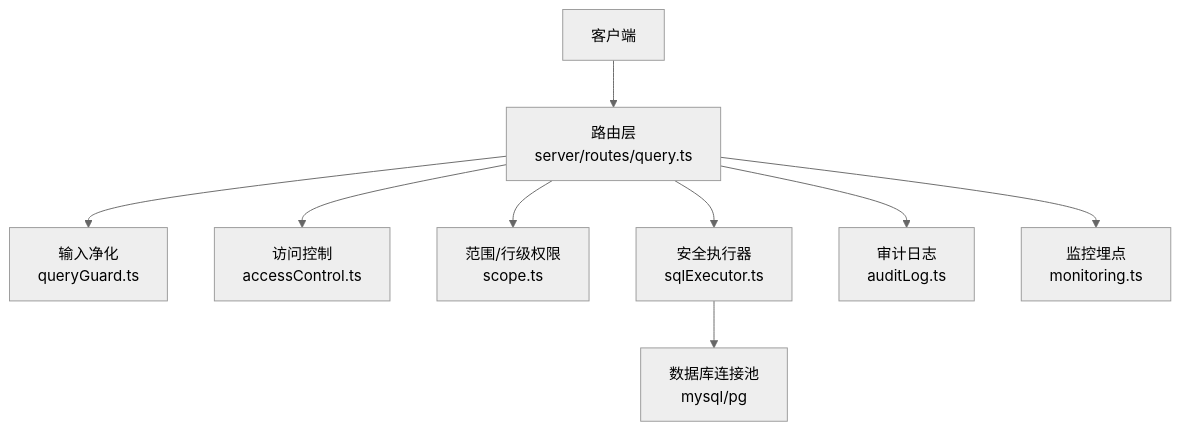
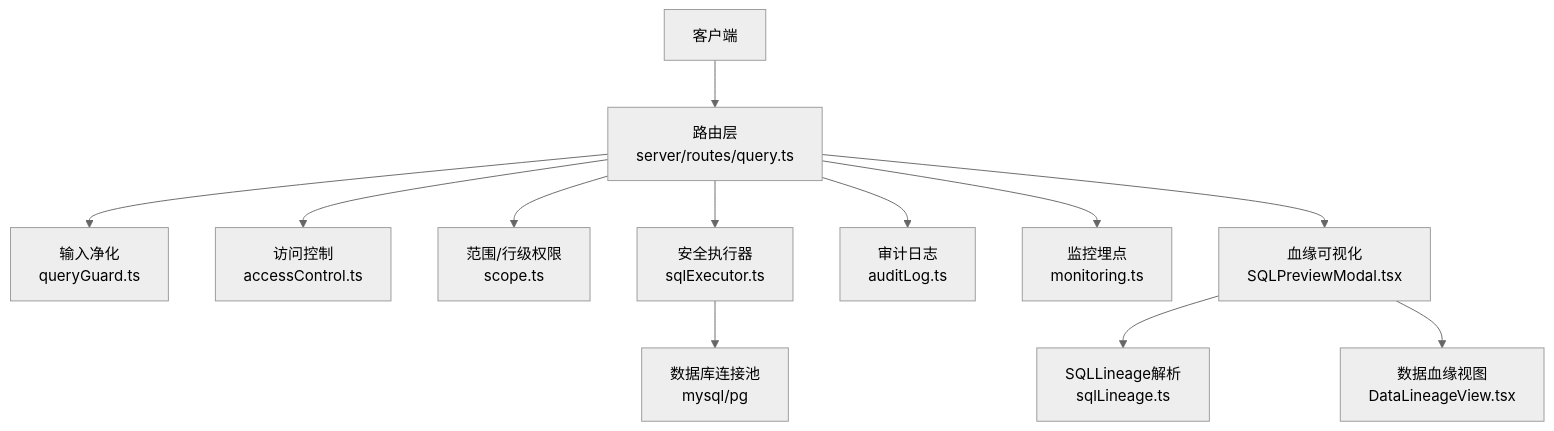
Before and after one commit to dgjin/smart-data-analytics: the first of 6 diagrams in .qoder/repowiki/zh/content/系统架构/核心组件详解/查询处理引擎/SQL执行器与安全控制.md, drawn with Mermaid (neutral theme). The commit also changed other lines of this file and 82 other files, not shown here.

````diff
--- a/.qoder/repowiki/zh/content/系统架构/核心组件详解/查询处理引擎/SQL执行器与安全控制.md
+++ b/.qoder/repowiki/zh/content/系统架构/核心组件详解/查询处理引擎/SQL执行器与安全控制.md
@@ -43,11 +55,14 @@
 ```mermaid
 graph TB
 Client["客户端"] --> Router["路由层<br/>server/routes/query.ts"]
 Router --> Guard["输入净化<br/>queryGuard.ts"]
 Router --> ACL["访问控制<br/>accessControl.ts"]
 Router --> Scope["范围/行级权限<br/>scope.ts"]
 Router --> Exec["安全执行器<br/>sqlExecutor.ts"]
 Exec --> DB["数据库连接池<br/>mysql/pg"]
 Router --> Audit["审计日志<br/>auditLog.ts"]
 Router --> Monitor["监控埋点<br/>monitoring.ts"]
+Router --> Lineage["血缘可视化<br/>SQLPreviewModal.tsx"]
+Lineage --> LineageUtils["SQLLineage解析<br/>sqlLineage.ts"]
+Lineage --> DataLineage["数据血缘视图<br/>DataLineageView.tsx"]
 ```
````
